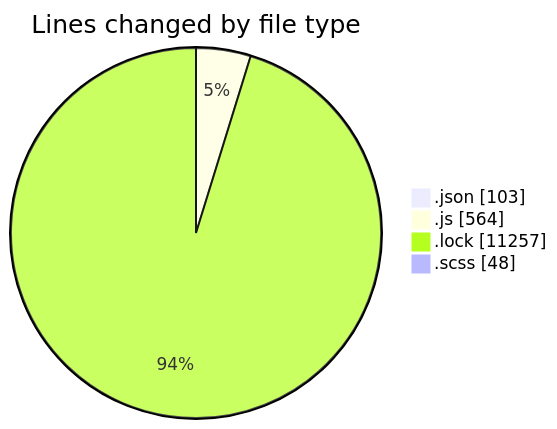
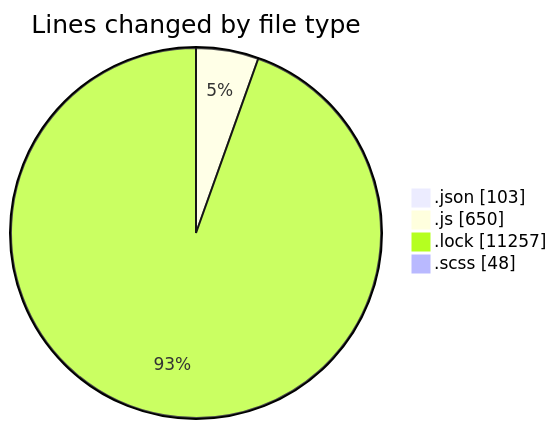
The first of 2 diagrams in 2026-01-06/cda/README.md (momahboobian/code-tracking), drawn with Mermaid before and after one commit. The commit also changed other lines of this file and 1 other file, not shown here.

````diff
--- a/2026-01-06/cda/README.md
+++ b/2026-01-06/cda/README.md
@@ -28,8 +28,8 @@
 ```mermaid
 pie showData
 title Lines changed by file type
 ".json" : 103
-".js" : 564
+".js" : 650
 ".lock" : 11257
 ".scss" : 48
 ```
````
